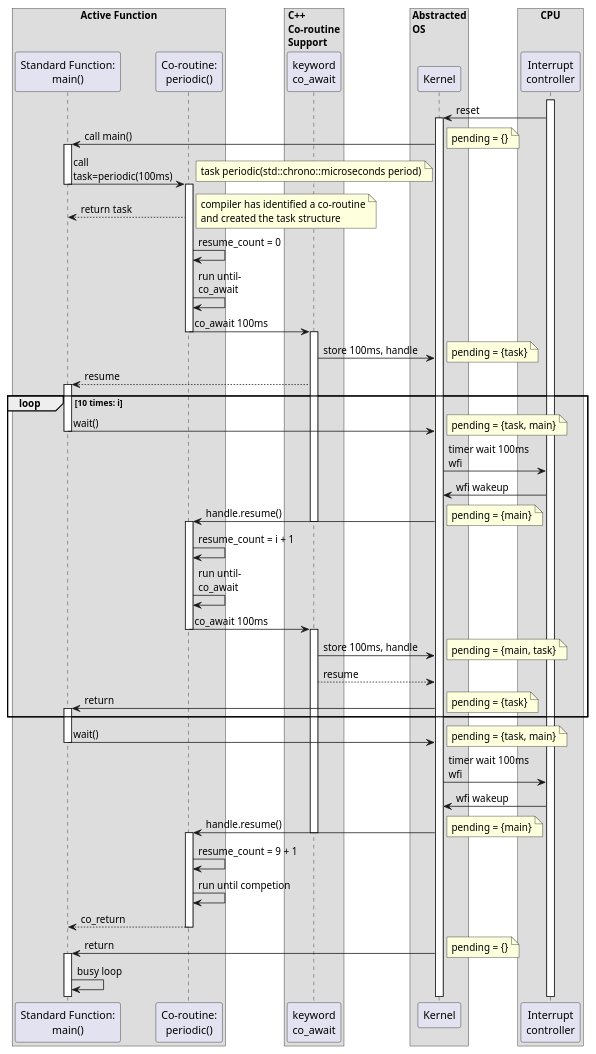
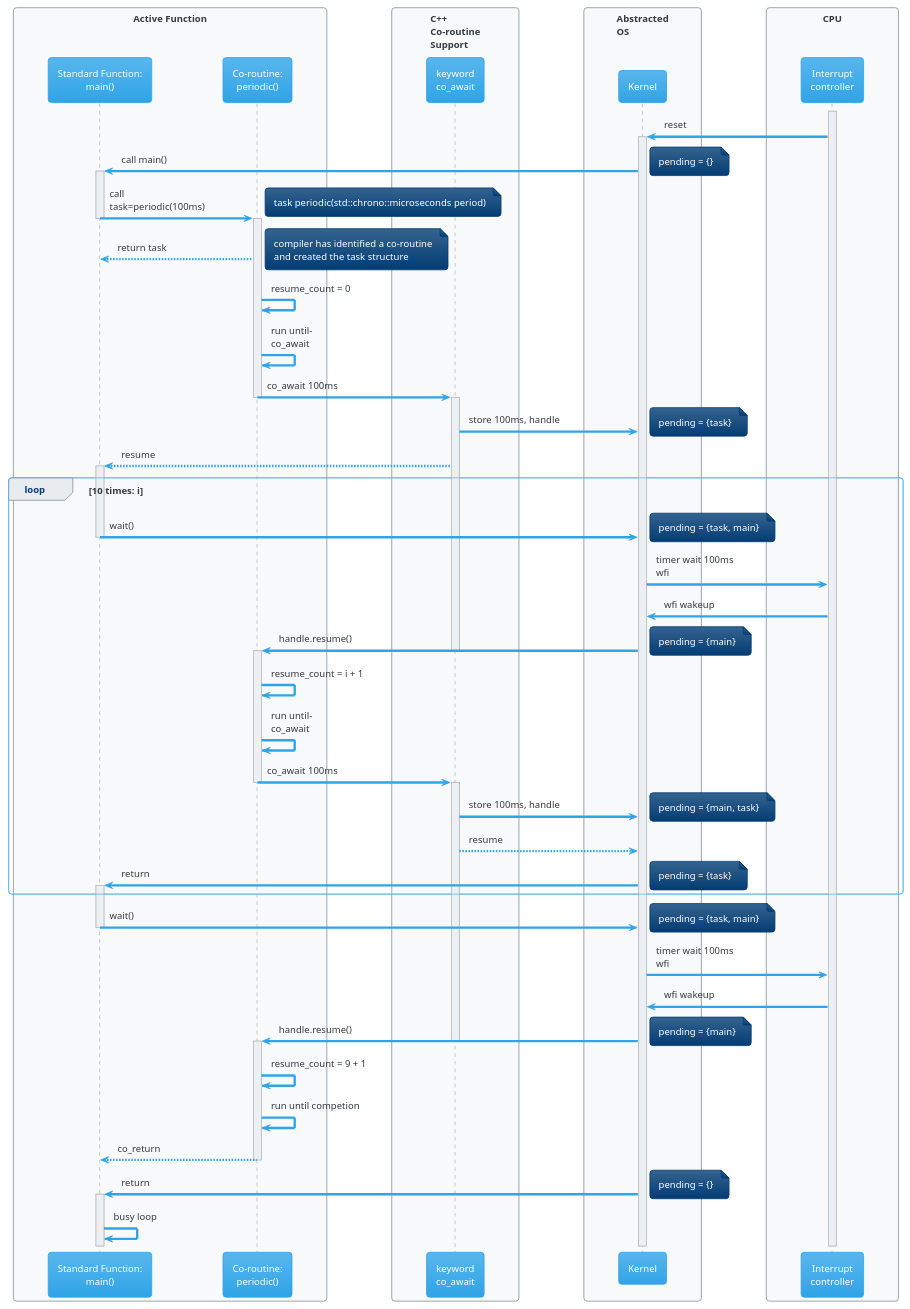
Before and after one commit to five-embeddev/baremetal-cxx-coro: the diagram in docs/diagrams/tast_sequence_abstract.puml, drawn with PlantUML. The commit also changed 17 other files, not shown here.

Commit message:
Diagram updates

```diff
--- a/docs/diagrams/tast_sequence_abstract.puml
+++ b/docs/diagrams/tast_sequence_abstract.puml
@@ -1,88 +1,89 @@
 @startuml
+!theme cerulean
 
 box "Active Function"
     participant "Standard Function:\nmain()" as main
     participant "Co-routine:\nperiodic()" as coro
 end box
 
 box "C++\nCo-routine\nSupport"
     participant "keyword\nco_await" as co_await
 end box
 box "Abstracted\nOS"
     participant "Kernel" as kernel
 end box
 
 box "CPU"
     participant "Interrupt\ncontroller" as ic
 end box
 
 '' Power on
 activate ic
     ic -> kernel : reset
     activate kernel
     kernel -> main : call main()
     note right : pending = {}
 
     '' Enter main()
     activate main
                 main -> coro : call\ntask=periodic(100ms)
                 note right: task periodic(std::chrono::microseconds period)
 
                 '' First call
             deactivate main
             activate coro
                 coro --> main : return task
                 note right : compiler has identified a co-routine\nand created the task structure
                 coro -> coro : resume_count = 0
                 coro -> coro : run until-\nco_await
                 coro -> co_await : co_await 100ms
                 deactivate coro
                 activate co_await
                     co_await -> kernel : store 100ms, handle
                     note right : pending = {task}
                     co_await --> main : resume
 
     loop 10 times: i
                     activate main
                         main -> kernel: wait()
                     deactivate main
                         note right : pending = {task, main}
                         kernel -> ic : timer wait 100ms\nwfi
 
                     ic -> kernel : wfi wakeup
                     kernel -> coro : handle.resume()
                 deactivate co_await
                 activate coro
                     note right : pending = {main}
                     coro -> coro: resume_count = i + 1
                     coro -> coro : run until-\nco_await
                     coro -> co_await : co_await 100ms
                 deactivate coro
                 activate co_await
                     co_await -> kernel : store 100ms, handle
                     note right : pending = {main, task}
                     co_await --> kernel : resume
                 kernel -> main : return
                 activate main
                 note right : pending = {task}
     end
                 main -> kernel: wait()
             deactivate main
                 note right : pending = {task, main}
                 kernel -> ic : timer wait 100ms\nwfi
 
                 ic -> kernel : wfi wakeup
                 kernel -> coro : handle.resume()
         deactivate co_await
         activate coro
             note right : pending = {main}
             coro -> coro: resume_count = 9 + 1
             coro -> coro : run until competion
             coro --> main : co_return
         deactivate coro
             kernel -> main: return
         activate main
             note right : pending = {}
         main -> main : busy loop
 
 @enduml
```
